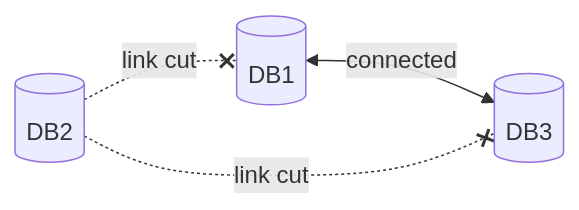
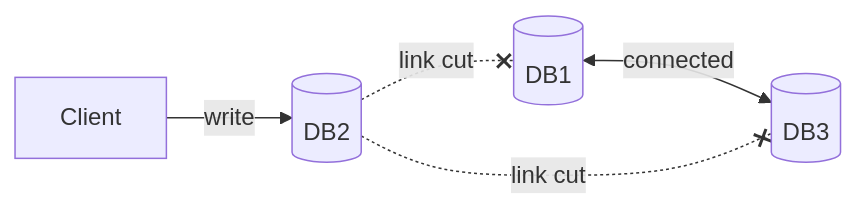
One commit to aaryan-pradhan/core-cs-fundamentals changed the diagram in hld/14-cap-theorem.md. Above: the diagram before and after it, drawn with Mermaid. The commit also changed other lines of this file, not shown here.

Commit message:
Cut HLD topic 14 to basics

````diff
--- a/hld/14-cap-theorem.md
+++ b/hld/14-cap-theorem.md
@@ -40,6 +29,7 @@
 ```mermaid
 flowchart LR
+    C["Client"] -->|"write"| DB2[("DB2")]
     DB1[("DB1")] <-->|"connected"| DB3[("DB3")]
-    DB2[("DB2")] -.-x|"link cut"| DB1
+    DB2 -.-x|"link cut"| DB1
     DB2 -.-x|"link cut"| DB3
 ```
````
